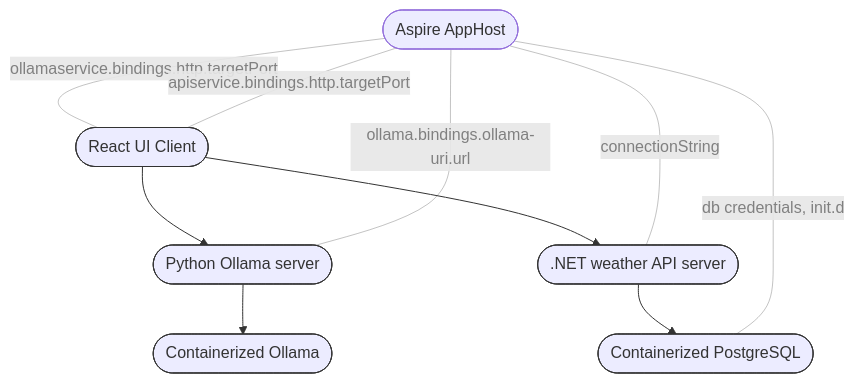
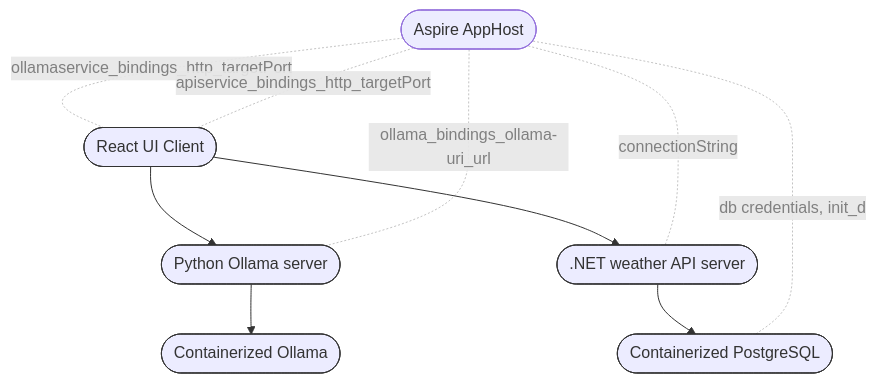
The first of 2 diagrams in README.md (CynicDog/Aspiring-Ollama), drawn with Mermaid before and after one commit.

````diff
--- a/README.md
+++ b/README.md
@@ -4,18 +4,18 @@
 ``` mermaid
 flowchart TD
     
     A([React UI Client]) --> B([Python Ollama server])
     B --> E([Containerized Ollama])
     A --> C([.NET weather API server])
     C --> D([Containerized PostgreSQL])
-    F([Aspire AppHost]) --- |ollamaservice.bindings.http.targetPort| A
-    F --- |apiservice.bindings.http.targetPort| A
-    F --- |connectionString| C
-    F --- |ollama.bindings.ollama-uri.url| B
-    F --- |db credentials, init.d| D
+    F([Aspire AppHost]) -. ollamaservice_bindings_http_targetPort .- A
+    F -. apiservice_bindings_http_targetPort .- A
+    F -. connectionString .- C
+    F -. ollama_bindings_ollama-uri_url .- B
+    F -. db credentials, init_d .- D
      
     classDef container stroke:#333,stroke-width:1px;
     class A,B,C,D,E container;
 
     linkStyle 4,5,6,7,8 stroke-width:.3px,color:grey;
 ```
````
